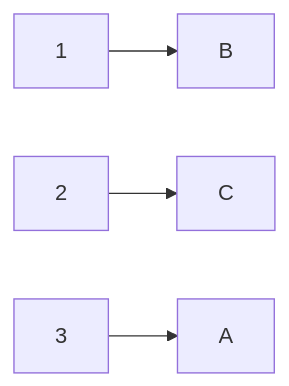
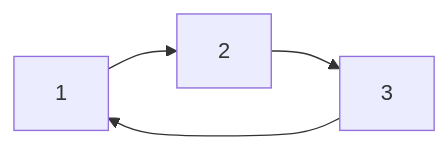
The diagram in OpenCode/SpecDrivenDevelopment.md (sramire3000/documentacion), drawn with Mermaid before and after one commit.

Commit message:
Update mermaid graph in Spec Driven Development

````diff
--- a/OpenCode/SpecDrivenDevelopment.md
+++ b/OpenCode/SpecDrivenDevelopment.md
@@ -3,7 +3,7 @@
 ```mermaid
 graph LR;
-    1--> B
-    2--> C 
-    3--> A 
+    1--> 2
+    2--> 3 
+    3--> 1 
 
 ```
````
